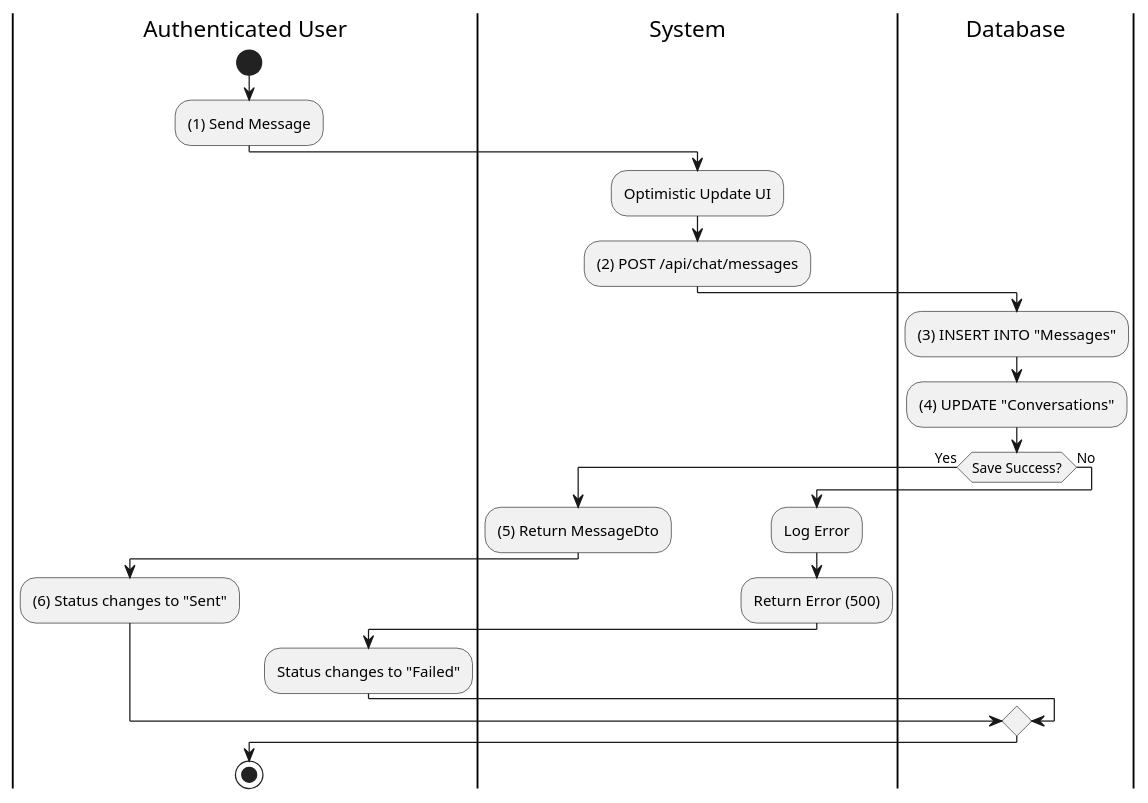
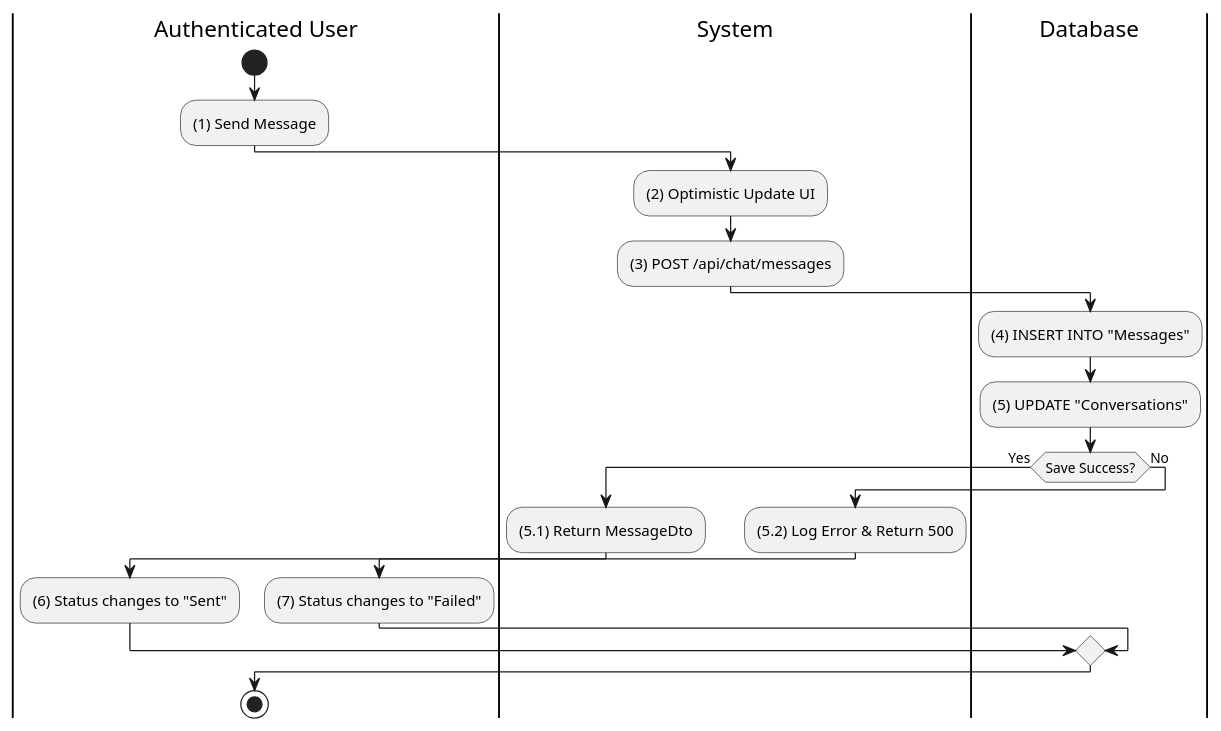
Before and after one commit to I-Love-U-3000/Favi-BE: the seventh of 16 diagrams in UC_2.1.7_Chat.md, drawn with PlantUML. The commit also changed other lines of this file and 36 other files, not shown here.

````diff
--- a/UC_2.1.7_Chat.md
+++ b/UC_2.1.7_Chat.md
@@ -301,26 +313,25 @@
 ```plantuml
 @startuml
 |Authenticated User|
 start
 :(1) Send Message;
 |System|
-:Optimistic Update UI;
-:(2) POST /api/chat/messages;
+:(2) Optimistic Update UI;
+:(3) POST /api/chat/messages;
 |Database|
-:(3) INSERT INTO "Messages";
-:(4) UPDATE "Conversations";
+:(4) INSERT INTO "Messages";
+:(5) UPDATE "Conversations";
 if (Save Success?) then (Yes)
     |System|
-    :(5) Return MessageDto;
+    :(5.1) Return MessageDto;
     |Authenticated User|
     :(6) Status changes to "Sent";
 else (No)
     |System|
-    :Log Error;
-    :Return Error (500);
+    :(5.2) Log Error & Return 500;
     |Authenticated User|
-    :Status changes to "Failed";
+    :(7) Status changes to "Failed";
 endif
 stop
 @enduml
 ```
````
